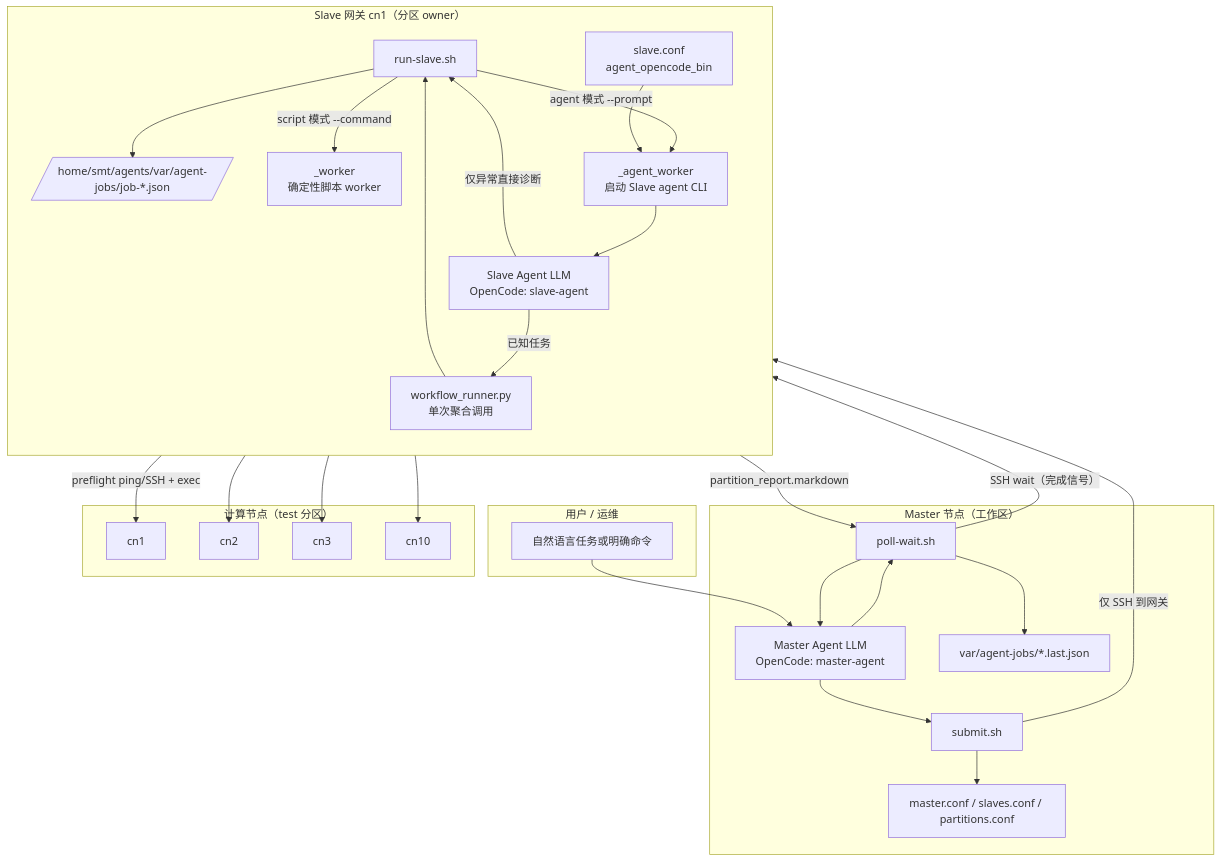
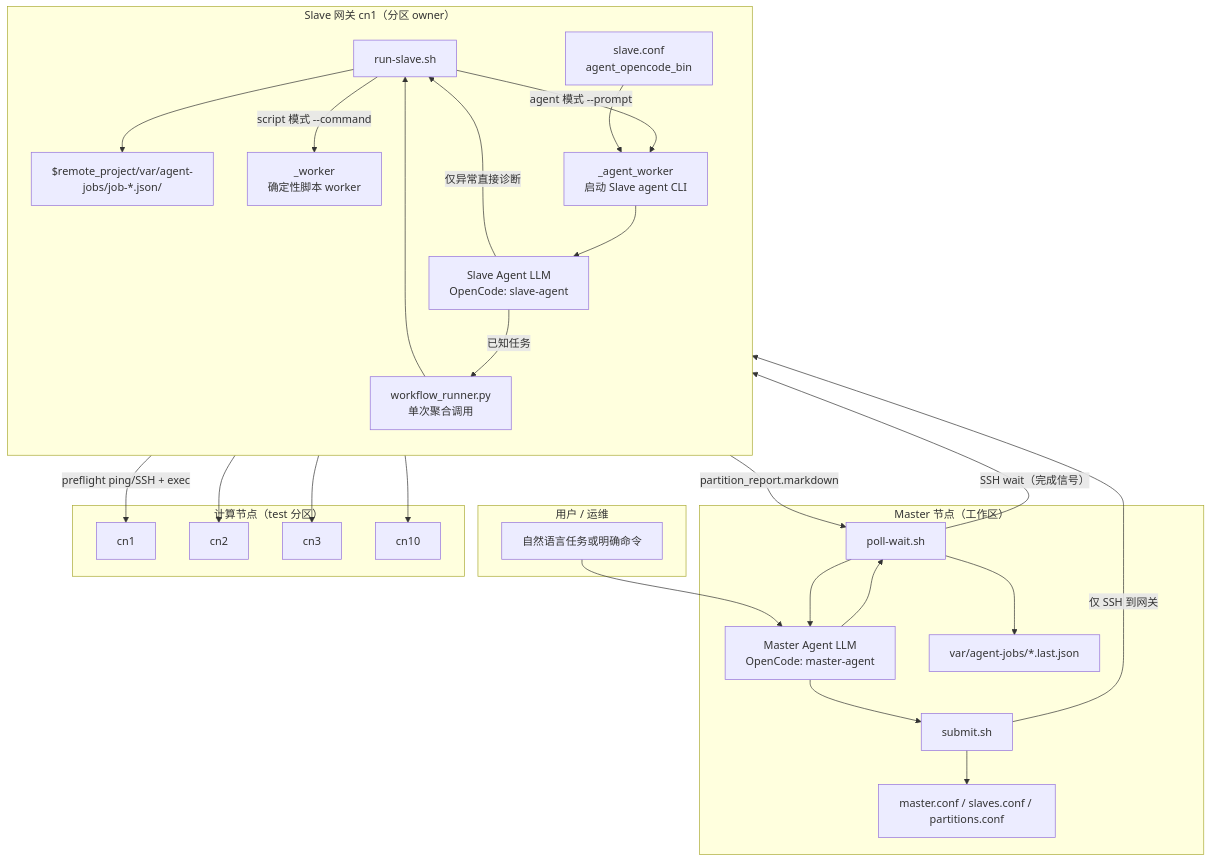
The first of 4 diagrams in docs/zh/architecture.md (voidspiral/ClusterHelm), drawn with Mermaid before and after one commit. The commit also changed other lines of this file and 40 other files, not shown here.

First line of the commit message:
Require gateway paths from master.conf remote_project instead of a hardcoded home.

````diff
--- a/docs/zh/architecture.md
+++ b/docs/zh/architecture.md
@@ -21,54 +21,54 @@
 ```mermaid
 flowchart TB
   subgraph User["用户 / 运维"]
     U[自然语言任务或明确命令]
   end
 
   subgraph Master["Master 节点（工作区）"]
     MA["Master Agent LLM<br/>OpenCode: master-agent"]
     MS[submit.sh]
     MP[poll-wait.sh]
     MC[master.conf / slaves.conf / partitions.conf]
     MJ[var/agent-jobs/*.last.json]
     MA --> MS
     MA --> MP
     MS --> MC
     MP --> MJ
   end
 
   subgraph Gateway["Slave 网关 cn1（分区 owner）"]
     direction TB
     RS[run-slave.sh]
     SC[slave.conf<br/>agent_opencode_bin]
-    SJ[/home/smt/agents/var/agent-jobs/job-*.json/]
+    SJ[$remote_project/var/agent-jobs/job-*.json/]
     SA["Slave Agent LLM<br/>OpenCode: slave-agent"]
     WR["workflow_runner.py<br/>单次聚合调用"]
     WK["_worker<br/>确定性脚本 worker"]
     AW["_agent_worker<br/>启动 Slave agent CLI"]
     RS --> SJ
     RS -->|script 模式 --command| WK
     RS -->|agent 模式 --prompt| AW
     AW --> SA
     SC --> AW
     SA -->|已知任务| WR
     WR --> RS
   end
 
   subgraph Nodes["计算节点（test 分区）"]
     N1[cn1]
     N2[cn2]
     N3[cn3]
     N10[cn10]
   end
 
   U --> MA
   MS -->|仅 SSH 到网关| RS
   MP -->|SSH wait（完成信号）| RS
   WK -->|preflight ping/SSH + exec| N1
   WK --> N2
   WK --> N3
   WK --> N10
   SA -->|仅异常直接诊断| RS
   RS -->|partition_report.markdown| MP
   MP --> MA
 ```
````
